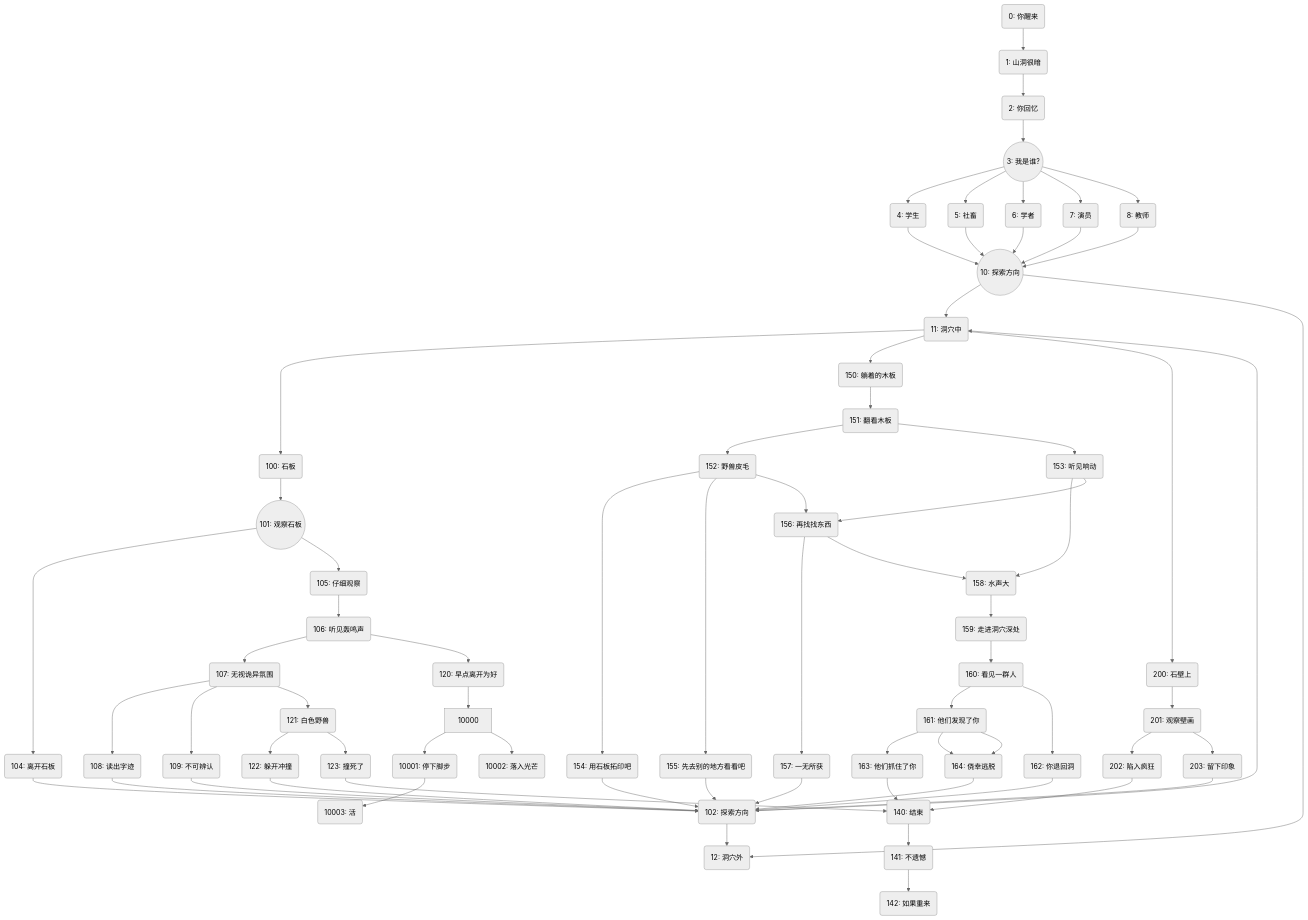
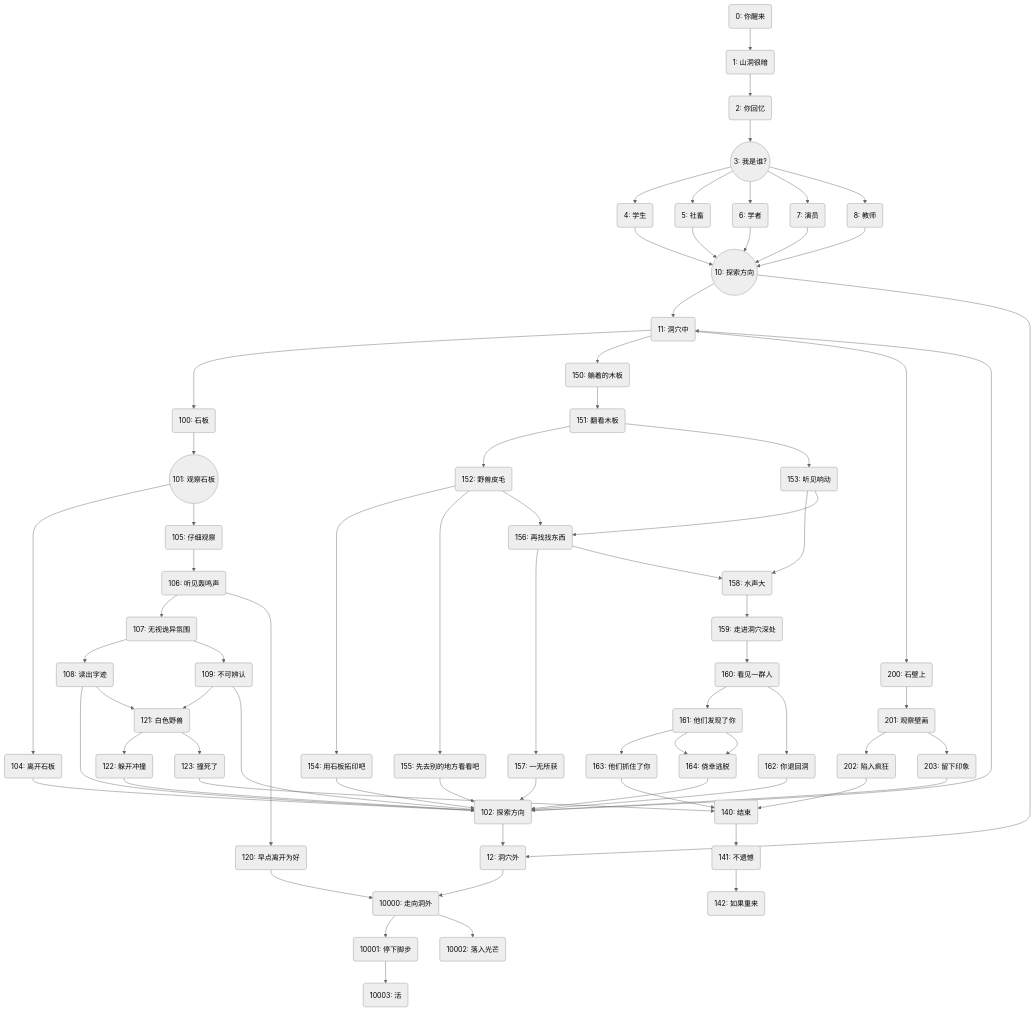
One commit to FrightenedFoxCN/OOP_capolization changed the diagram in assets/story_p1.md. Above: the diagram before and after it, drawn with Mermaid (neutral theme). The commit also changed 1 other file, not shown here.

````diff
--- a/assets/story_p1.md
+++ b/assets/story_p1.md
@@ -1,73 +1,75 @@
 ```mermaid
 graph TD;
 00000(0: 你醒来) --> 00001(1: 山洞很暗);
 00001 --> 00002(2: 你回忆);
 00002 --> 00003((3: 我是谁?));
 00003 --> 00004(4: 学生);
 00003 --> 00005(5: 社畜);
 00003 --> 00006(6: 学者);
 00003 --> 00007(7: 演员);
 00003 --> 00008(8: 教师);
 00004 --> 00010((10: 探索方向));
 00005 --> 00010;
 00006 --> 00010;
 00007 --> 00010;
 00008 --> 00010;
 00010 --> 00011(11: 洞穴中);
 00010 --> 00012(12: 洞穴外);
 00011 --> 00100(100: 石板);
 00011 --> 00150(150: 躺着的木板);
 00011 --> 00200(200: 石壁上)
+00012 --> 10000(10000: 走向洞外)
 00150 --> 00151(151: 翻看木板);
 00151 --> 00152(152: 野兽皮毛);
 00151 --> 00153(153: 听见响动)
 00152 --> 00154(154: 用石板拓印吧);
 00152 --> 00155(155: 先去别的地方看看吧);
 00155 --> 00102;
 00152 --> 00156(156: 再找找东西);
 00156 --> 00157(157: 一无所获);
 00157 --> 00102;
 00156 --> 00158(158: 水声大);
 00158 --> 00159(159: 走进洞穴深处);
 00159 --> 00160(160: 看见一群人);
 00160 --> 00161(161: 他们发现了你)
 00160 --> 00162(162: 你退回洞)
 00162 --> 00102
 00161 --> 00163(163: 他们抓住了你)
 00161 --> 00164(164: 侥幸逃脱)
 00164 --> 00102
 00163 --> 00140
 00161 --> 00164
 00153 --> 00158;
 00153 --> 00156;
 00154 --> 00102;
 00100 --> 00101((101: 观察石板));
 00101 --> 00104(104: 离开石板);
 00102 --> 00011;
 00102 --> 00012;
 00104 --> 00102(102: 探索方向);
 00101 --> 00105(105: 仔细观察);
 00105 --> 00106(106: 听见轰鸣声);
 00106 --> 00107(107: 无视诡异氛围);
 00106 --> 00120(120: 早点离开为好);
 00120 --> 10000
 00107 --> 00108(108: 读出字迹);
 00107 --> 00109(109: 不可辨认);
-00107 --> 00121(121: 白色野兽);
 00121 --> 00122(122: 躲开冲撞);
 00122 --> 00102;
 00121 --> 00123(123: 撞死了);
 00123 --> 00140(140: 结束);
 00140 --> 00141(141: 不遗憾);
 00141 --> 00142(142: 如果重来);
 00108 --> 00102;
+00108 --> 00121(121: 白色野兽);
+00109 --> 00121;
 00109 --> 00102;
 00200 --> 00201(201: 观察壁画)
 00201 --> 00202(202: 陷入疯狂)
 00202 --> 00140
 00201 --> 00203(203: 留下印象)
 00203 --> 00102
 10000 --> 10001(10001: 停下脚步)
 10000 --> 10002(10002: 落入光芒)
 10001 --> 10003(10003: 活)
 ```
````
